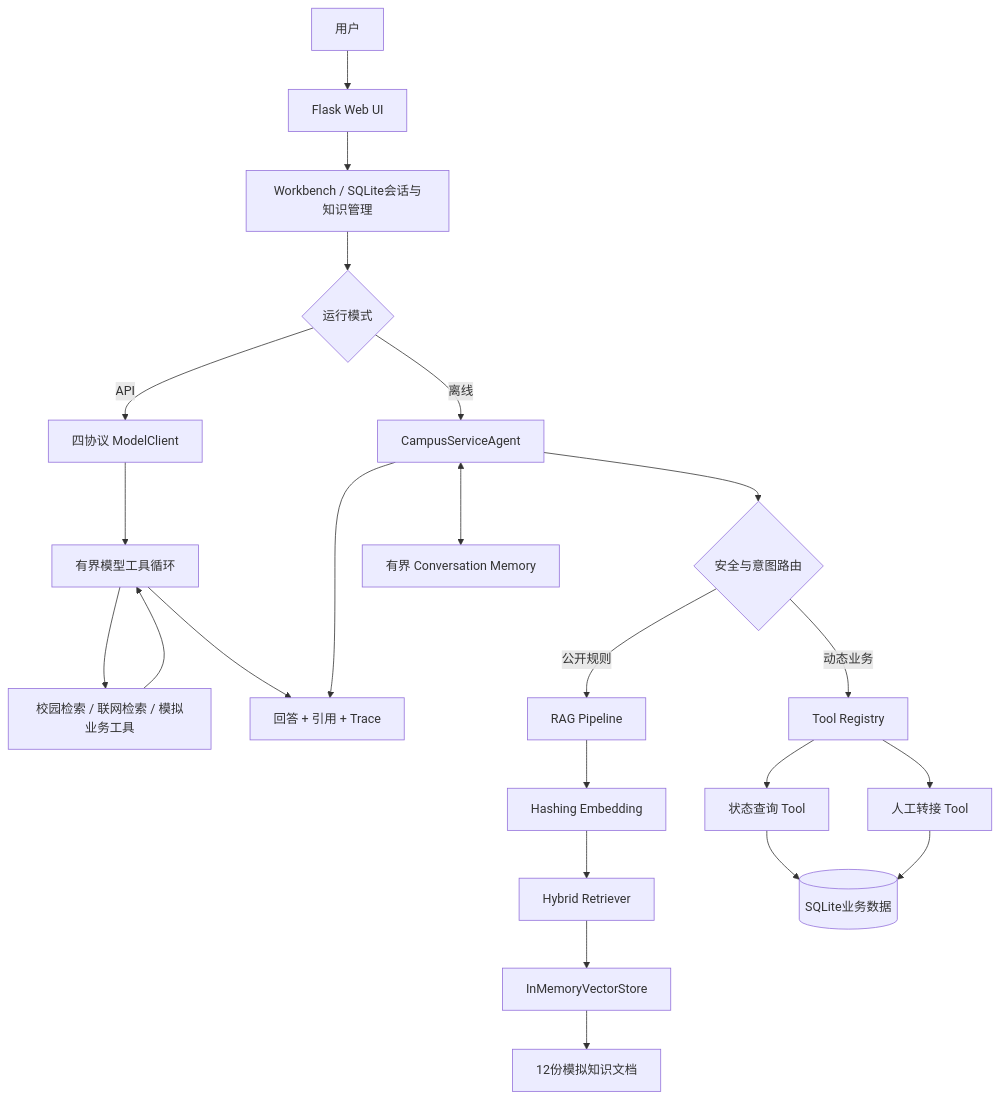
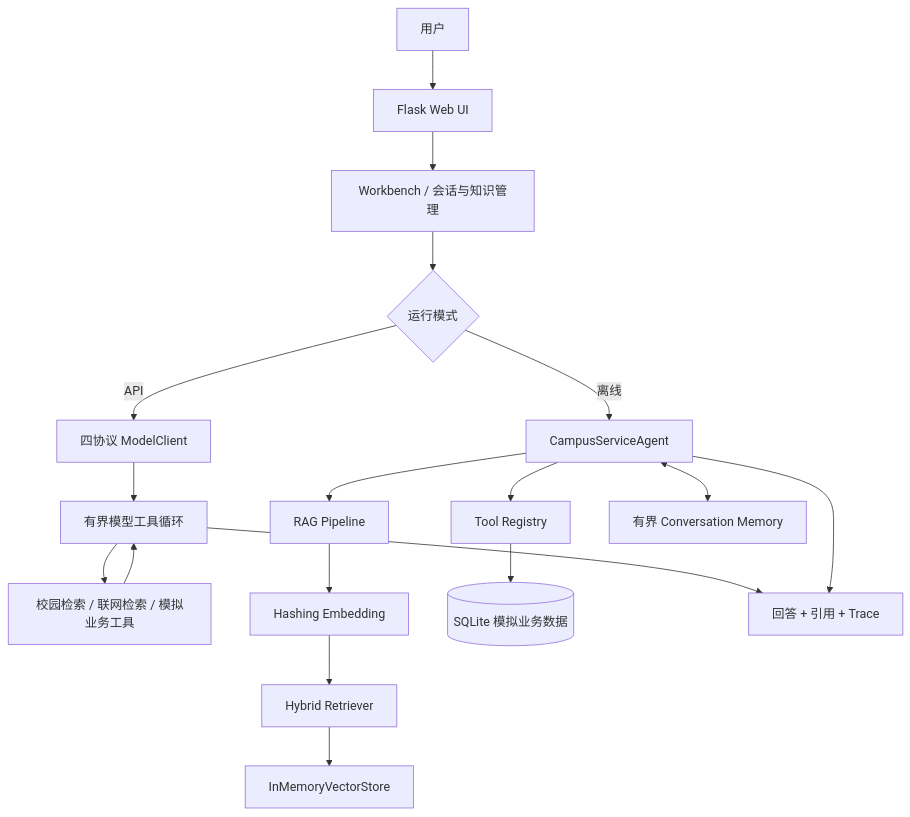
The diagram in 05_Final_Report/final_report.md (ben2py/campus-ai-service), drawn with Mermaid before and after one commit. The commit also changed other lines of this file and 1 other file, not shown here.

````diff
--- a/05_Final_Report/final_report.md
+++ b/05_Final_Report/final_report.md
@@ -101,25 +115,20 @@
 ```mermaid
 flowchart TD
     U[用户] --> UI[Flask Web UI]
-    UI --> W[Workbench / SQLite会话与知识管理]
+    UI --> W[Workbench / 会话与知识管理]
     W --> MODE{运行模式}
     MODE -->|API| L[四协议 ModelClient]
     L --> LOOP[有界模型工具循环]
     LOOP --> SEARCH[校园检索 / 联网检索 / 模拟业务工具]
     SEARCH --> LOOP
+    MODE -->|离线| A[CampusServiceAgent]
+    A --> R[RAG Pipeline]
+    R --> E[Hashing Embedding]
+    E --> H[Hybrid Retriever]
+    H --> V[InMemoryVectorStore]
+    A --> T[Tool Registry]
+    T --> DB[(SQLite 模拟业务数据)]
+    A <--> M[有界 Conversation Memory]
     LOOP --> O[回答 + 引用 + Trace]
-    MODE -->|离线| A[CampusServiceAgent]
-    A --> S{安全与意图路由}
-    S -->|公开规则| R[RAG Pipeline]
-    R --> Q[Hashing Embedding]
-    Q --> H[Hybrid Retriever]
-    H --> V[InMemoryVectorStore]
-    V --> K[12份模拟知识文档]
-    S -->|动态业务| T[Tool Registry]
-    T --> TS[状态查询 Tool]
-    T --> TH[人工转接 Tool]
-    TS --> DB[(SQLite业务数据)]
-    TH --> DB
-    A <--> M[有界 Conversation Memory]
     A --> O
 ```
````
